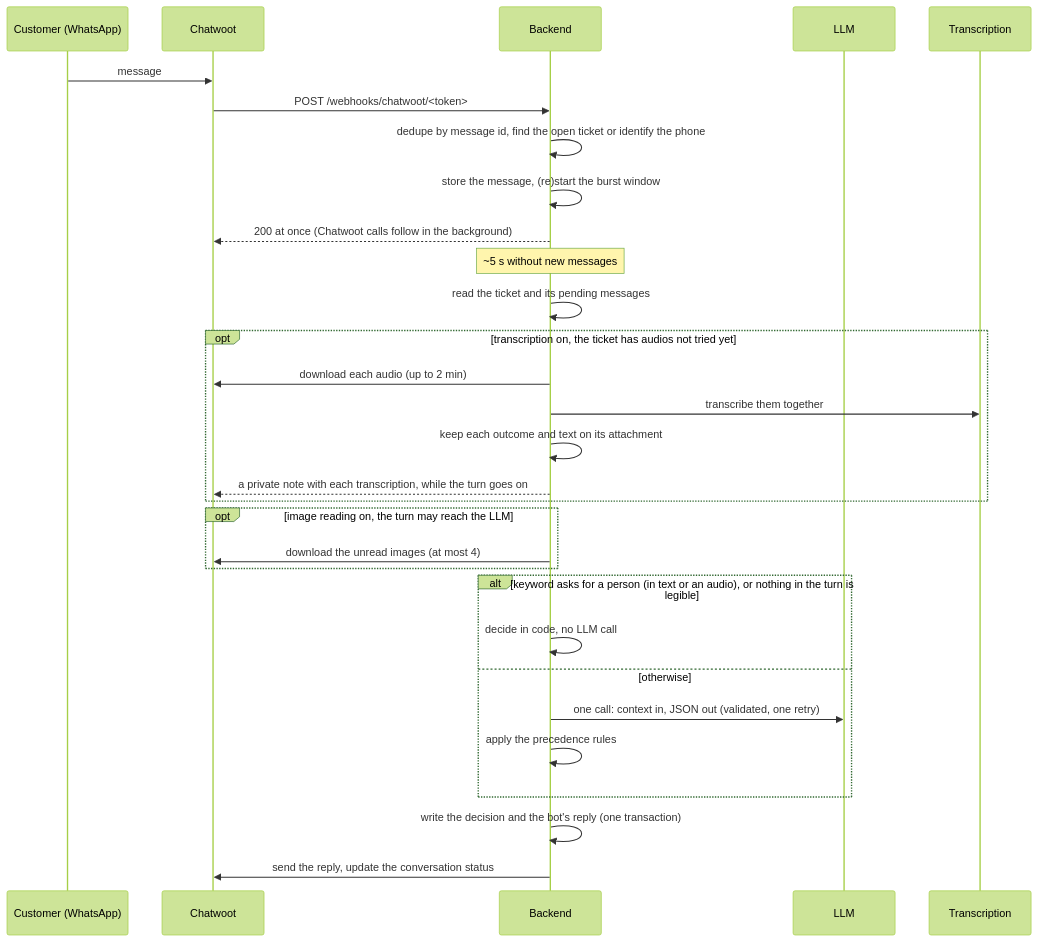
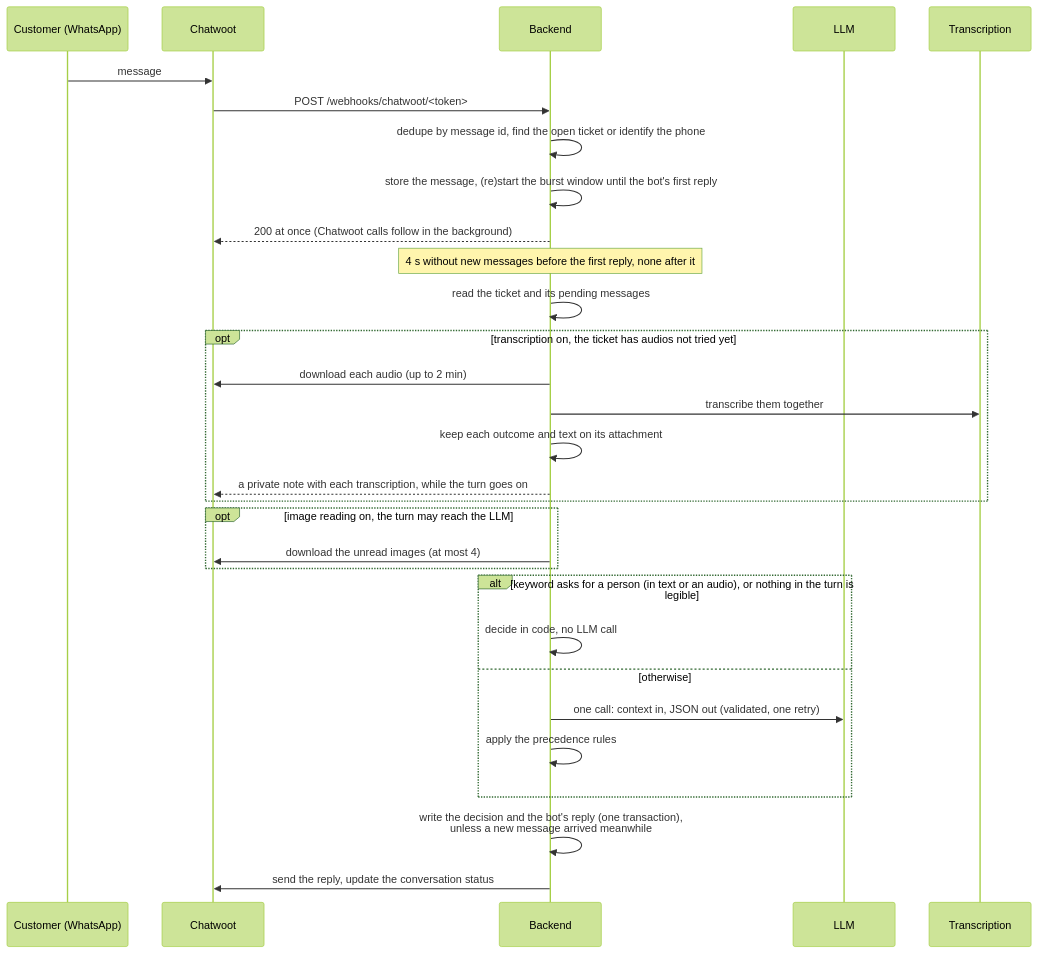
One commit to cauedev30/chatbot-atendimento-geniai changed the second of 2 diagrams in docs/architecture.md. Above: the diagram before and after it, drawn with Mermaid (forest theme). The commit also changed other lines of this file and 1 other file, not shown here.

Commit message:
docs: describe the burst window before the first reply only, the superseded turn and its 30 s limit

````diff
--- a/docs/architecture.md
+++ b/docs/architecture.md
@@ -65,32 +65,32 @@
 ```mermaid
 sequenceDiagram
     participant C as Customer (WhatsApp)
     participant CW as Chatwoot
     participant B as Backend
     participant L as LLM
     participant T as Transcription
     C->>CW: message
     CW->>B: POST /webhooks/chatwoot/<token>
     B->>B: dedupe by message id, find the open ticket or identify the phone
-    B->>B: store the message, (re)start the burst window
+    B->>B: store the message, (re)start the burst window until the bot's first reply
     B-->>CW: 200 at once (Chatwoot calls follow in the background)
-    Note over B: ~5 s without new messages
+    Note over B: 4 s without new messages before the first reply, none after it
     B->>B: read the ticket and its pending messages
     opt transcription on, the ticket has audios not tried yet
         B->>CW: download each audio (up to 2 min)
         B->>T: transcribe them together
         B->>B: keep each outcome and text on its attachment
         B-->>CW: a private note with each transcription, while the turn goes on
     end
     opt image reading on, the turn may reach the LLM
         B->>CW: download the unread images (at most 4)
     end
     alt keyword asks for a person (in text or an audio), or nothing in the turn is legible
         B->>B: decide in code, no LLM call
     else otherwise
         B->>L: one call: context in, JSON out (validated, one retry)
         B->>B: apply the precedence rules
     end
-    B->>B: write the decision and the bot's reply (one transaction)
+    B->>B: write the decision and the bot's reply (one transaction),<br/>unless a new message arrived meanwhile
     B->>CW: send the reply, update the conversation status
 ```
````
